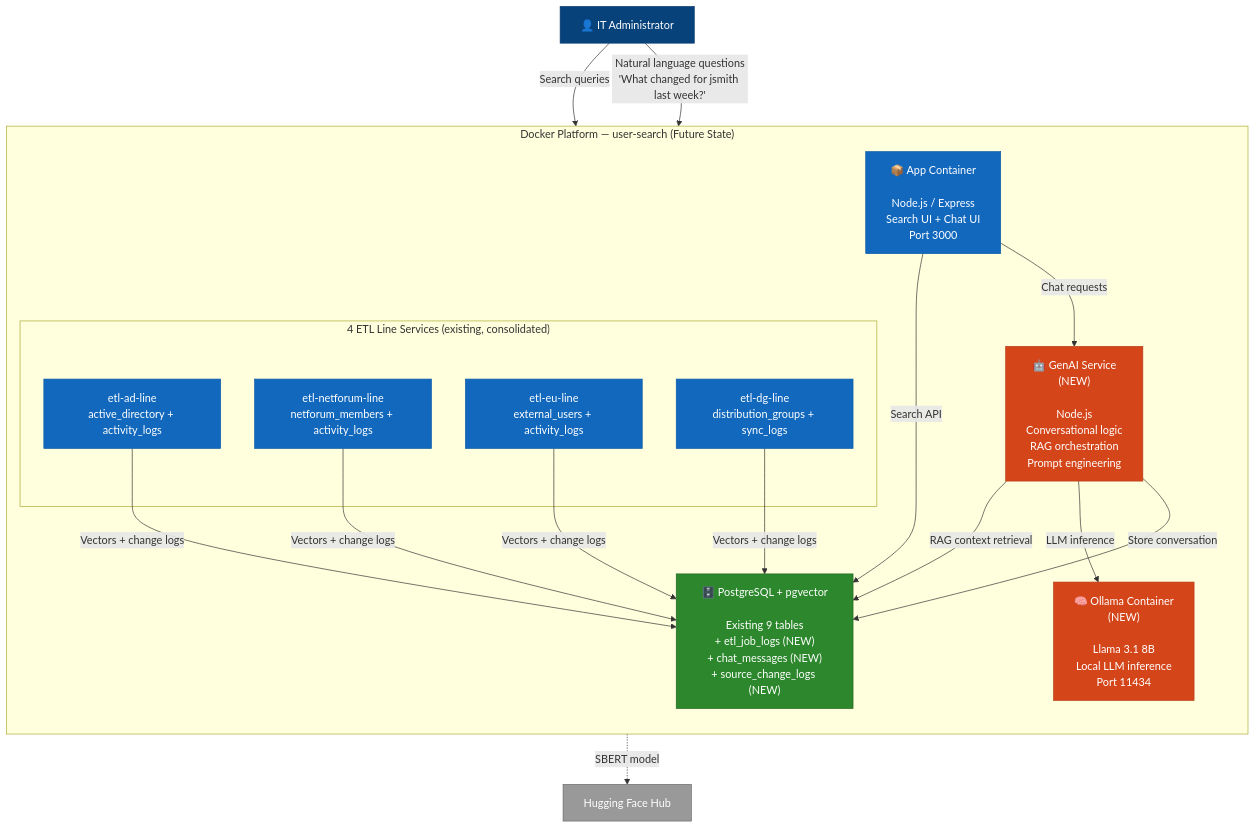
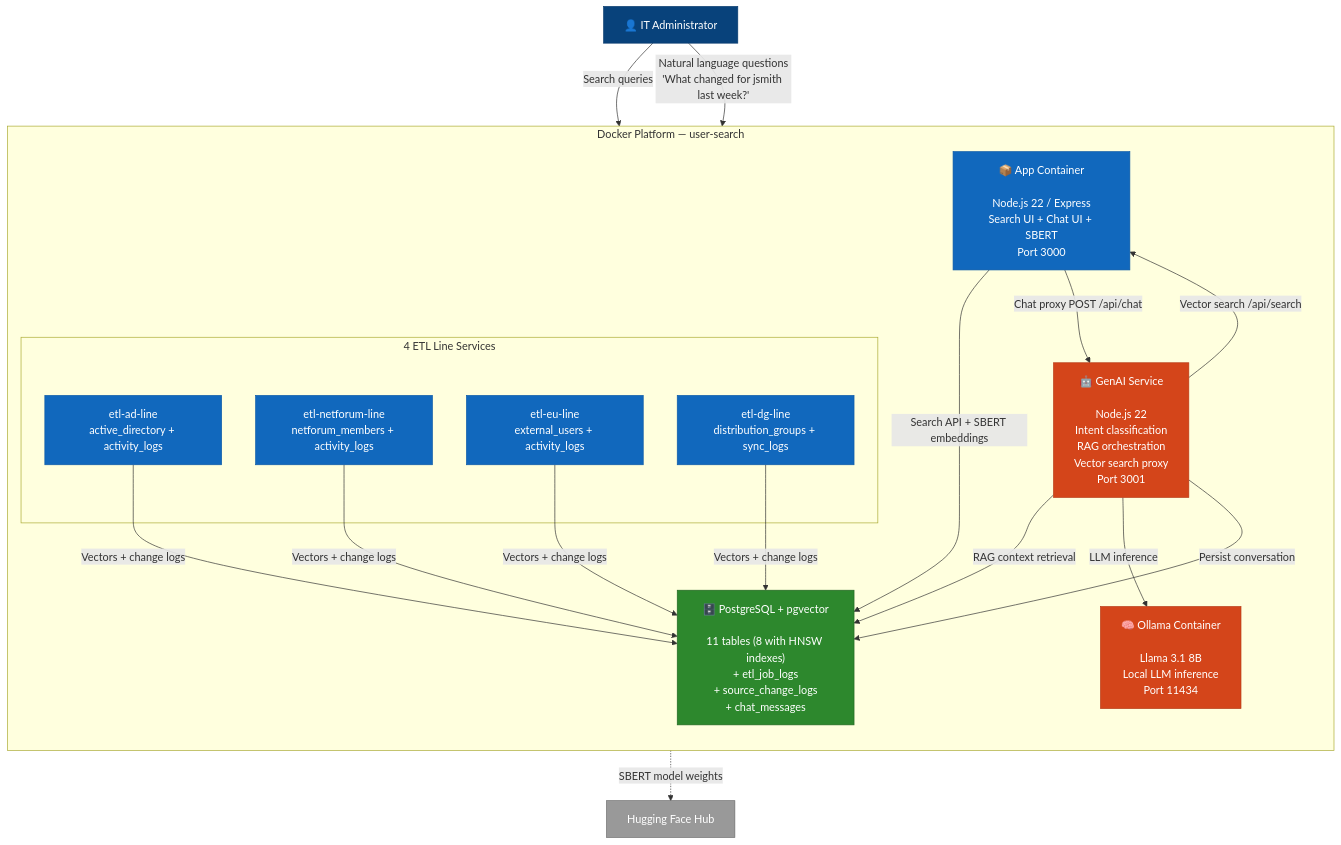
Before and after one commit to sjackshaw/user-search: the diagram in docs/diagrams/genai-target-architecture.md, drawn with Mermaid. The commit also changed other lines of this file and 31 other files, not shown here.

Commit message:
Add package.json for user-search-genai service with dependencies and scripts

````diff
--- a/docs/diagrams/genai-target-architecture.md
+++ b/docs/diagrams/genai-target-architecture.md
@@ -5,44 +5,45 @@
 ```mermaid
 graph TB
     classDef person fill:#08427B,stroke:#073B6F,color:#fff
     classDef existing fill:#1168BD,stroke:#0E5BA7,color:#fff
-    classDef new fill:#D4451A,stroke:#B83A15,color:#fff
+    classDef genai fill:#D4451A,stroke:#B83A15,color:#fff
     classDef database fill:#2D882D,stroke:#226622,color:#fff
     classDef external fill:#999999,stroke:#6B6B6B,color:#fff
 
     User["👤 IT Administrator"]:::person
 
-    subgraph DockerPlatform [" Docker Platform — user-search (Future State) "]
+    subgraph DockerPlatform [" Docker Platform — user-search "]
         direction TB
 
-        App["📦 App Container<br/><br/>Node.js / Express<br/>Search UI + Chat UI<br/>Port 3000"]:::existing
+        App["📦 App Container<br/><br/>Node.js 22 / Express<br/>Search UI + Chat UI + SBERT<br/>Port 3000"]:::existing
 
-        GenAI["🤖 GenAI Service<br/>(NEW)<br/><br/>Node.js<br/>Conversational logic<br/>RAG orchestration<br/>Prompt engineering"]:::new
+        GenAI["🤖 GenAI Service<br/><br/>Node.js 22<br/>Intent classification<br/>RAG orchestration<br/>Vector search proxy<br/>Port 3001"]:::genai
 
-        Ollama["🧠 Ollama Container<br/>(NEW)<br/><br/>Llama 3.1 8B<br/>Local LLM inference<br/>Port 11434"]:::new
+        Ollama["🧠 Ollama Container<br/><br/>Llama 3.1 8B<br/>Local LLM inference<br/>Port 11434"]:::genai
 
-        Postgres["🗄️ PostgreSQL + pgvector<br/><br/>Existing 9 tables<br/>+ etl_job_logs (NEW)<br/>+ chat_messages (NEW)<br/>+ source_change_logs (NEW)"]:::database
+        Postgres["🗄️ PostgreSQL + pgvector<br/><br/>11 tables (8 with HNSW indexes)<br/>+ etl_job_logs<br/>+ source_change_logs<br/>+ chat_messages"]:::database
 
-        subgraph ETLServices [" 4 ETL Line Services (existing, consolidated) "]
+        subgraph ETLServices [" 4 ETL Line Services "]
             ETL_AD["etl-ad-line<br/>active_directory + activity_logs"]:::existing
             ETL_NF["etl-netforum-line<br/>netforum_members + activity_logs"]:::existing
             ETL_EU["etl-eu-line<br/>external_users + activity_logs"]:::existing
             ETL_DG["etl-dg-line<br/>distribution_groups + sync_logs"]:::existing
         end
     end
 
     HF["Hugging Face Hub"]:::external
 
     User -->|"Search queries"| App
     User -->|"Natural language questions<br/>'What changed for jsmith last week?'"| App
-    App -->|"Search API"| Postgres
-    App -->|"Chat requests"| GenAI
+    App -->|"Search API + SBERT embeddings"| Postgres
+    App -->|"Chat proxy POST /api/chat"| GenAI
     GenAI -->|"RAG context retrieval"| Postgres
+    GenAI -->|"Vector search /api/search"| App
     GenAI -->|"LLM inference"| Ollama
-    GenAI -->|"Store conversation"| Postgres
+    GenAI -->|"Persist conversation"| Postgres
     ETL_AD -->|"Vectors + change logs"| Postgres
     ETL_NF -->|"Vectors + change logs"| Postgres
     ETL_EU -->|"Vectors + change logs"| Postgres
     ETL_DG -->|"Vectors + change logs"| Postgres
-    App -.->|"SBERT model"| HF
+    App -.->|"SBERT model weights"| HF
 ```
````
